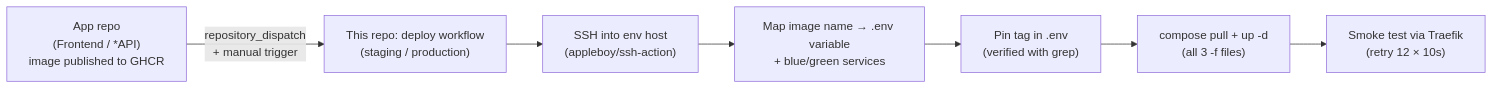
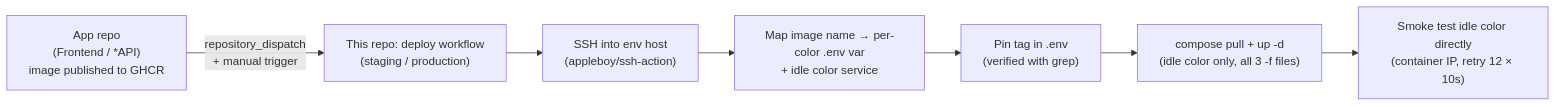
Before and after one commit to AstroLumina-by-Carmen-Ilie/AstroLumina-DockerCompose: the eighth of 8 diagrams in README.md, drawn with Mermaid. The commit also changed other lines of this file and 15 other files, not shown here.

Commit message:
Enhance deployment workflows with blue-green color support and update environment variable management

````diff
--- a/README.md
+++ b/README.md
@@ -316,9 +318,9 @@
 ```mermaid
 flowchart LR
     APP["App repo<br/>(Frontend / *API)<br/>image published to GHCR"] -->|repository_dispatch<br/>+ manual trigger| WF["This repo: deploy workflow<br/>(staging / production)"]
     WF --> SSH["SSH into env host<br/>(appleboy/ssh-action)"]
-    SSH --> MAP["Map image name → .env variable<br/>+ blue/green services"]
+    SSH --> MAP["Map image name → per-color .env var<br/>+ idle color service"]
     MAP --> SED["Pin tag in .env<br/>(verified with grep)"]
-    SED --> PULL["compose pull + up -d<br/>(all 3 -f files)"]
-    PULL --> SMOKE["Smoke test via Traefik<br/>(retry 12 × 10s)"]
+    SED --> PULL["compose pull + up -d<br/>(idle color only, all 3 -f files)"]
+    PULL --> SMOKE["Smoke test idle color directly<br/>(container IP, retry 12 × 10s)"]
 ```
````
